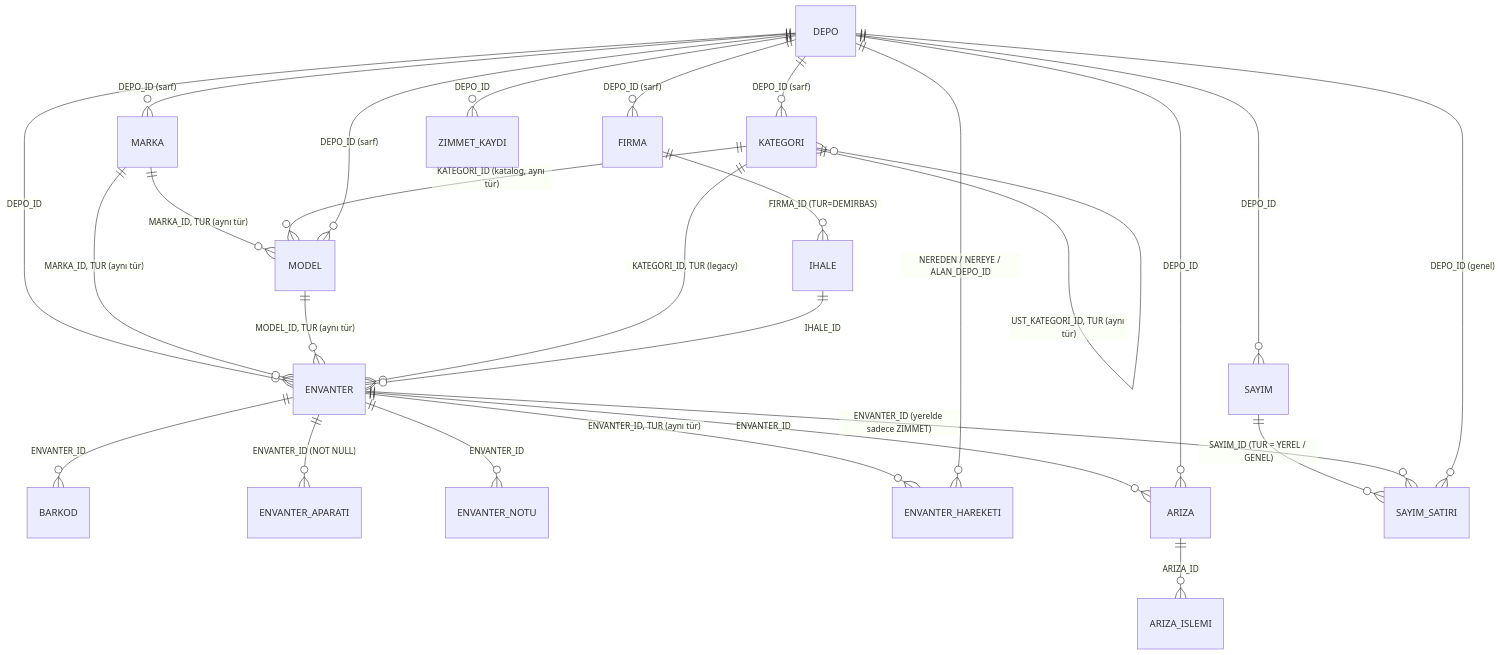
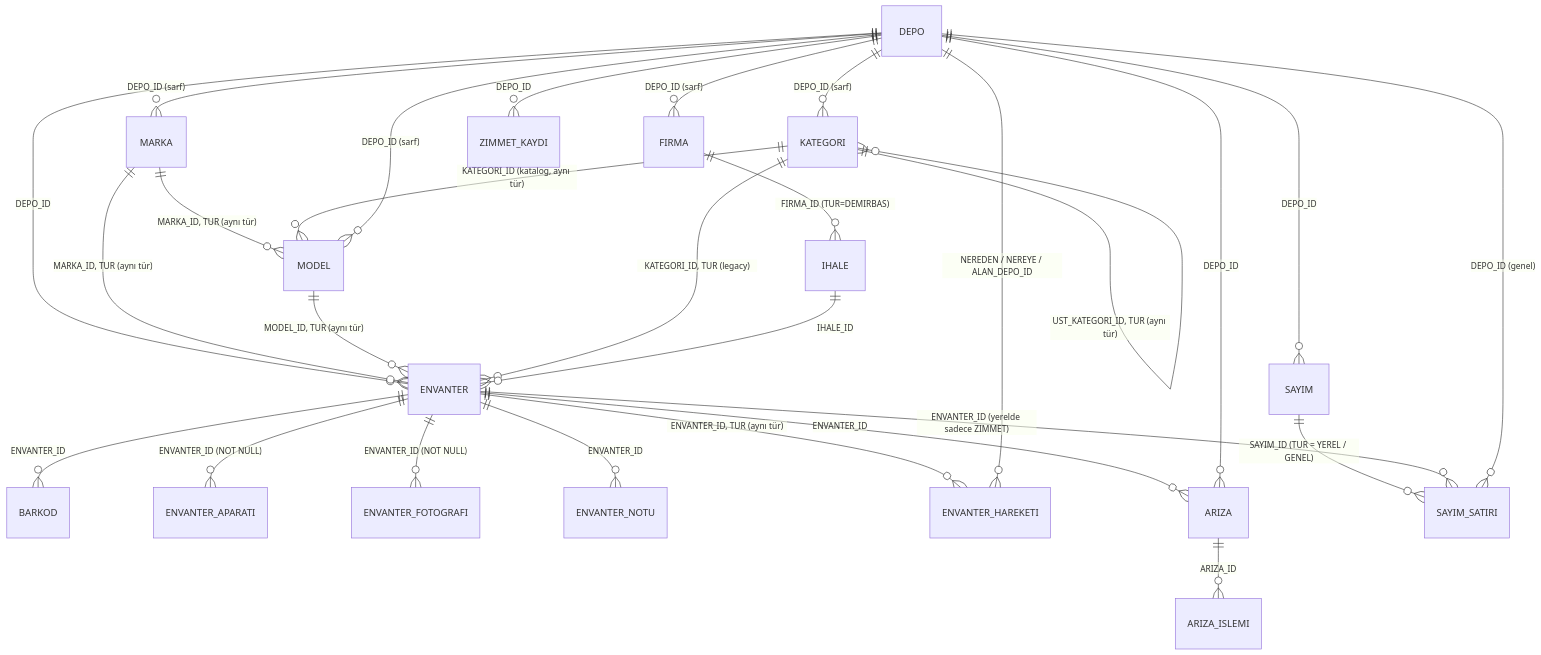
One commit to acartunahan/kaju-migration changed the diagram in asama2_domain_tasarim.md. Above: the diagram before and after it, drawn with Mermaid. The commit also changed other lines of this file and 5 other files, not shown here.

First line of the commit message:
feat(domain): envanter fotoğrafları (ENVANTER_FOTOGRAFI)

````diff
--- a/asama2_domain_tasarim.md
+++ b/asama2_domain_tasarim.md
@@ -141,36 +141,37 @@
 ```mermaid
 erDiagram
     %% ---------- Tanım (hepsi TUR ile DEMIRBAS / SARF) ----------
     DEPO ||--o{ ENVANTER : "DEPO_ID"
     MARKA ||--o{ MODEL : "MARKA_ID, TUR (aynı tür)"
     MARKA ||--o{ ENVANTER : "MARKA_ID, TUR (aynı tür)"
     MODEL ||--o{ ENVANTER : "MODEL_ID, TUR (aynı tür)"
     KATEGORI ||--o{ KATEGORI : "UST_KATEGORI_ID, TUR (aynı tür)"
     KATEGORI ||--o{ ENVANTER : "KATEGORI_ID, TUR (legacy)"
     KATEGORI ||--o{ MODEL : "KATEGORI_ID (katalog, aynı tür)"
     FIRMA ||--o{ IHALE : "FIRMA_ID (TUR=DEMIRBAS)"
     IHALE ||--o{ ENVANTER : "IHALE_ID"
     DEPO ||--o{ MARKA : "DEPO_ID (sarf)"
     DEPO ||--o{ MODEL : "DEPO_ID (sarf)"
     DEPO ||--o{ KATEGORI : "DEPO_ID (sarf)"
     DEPO ||--o{ FIRMA : "DEPO_ID (sarf)"
 
     %% ---------- Envanter ----------
     ENVANTER ||--o{ BARKOD : "ENVANTER_ID"
     ENVANTER ||--o{ ENVANTER_APARATI : "ENVANTER_ID (NOT NULL)"
+    ENVANTER ||--o{ ENVANTER_FOTOGRAFI : "ENVANTER_ID (NOT NULL)"
     ENVANTER ||--o{ ENVANTER_NOTU : "ENVANTER_ID"
     ENVANTER ||--o{ ENVANTER_HAREKETI : "ENVANTER_ID, TUR (aynı tür)"
     DEPO ||--o{ ENVANTER_HAREKETI : "NEREDEN / NEREYE / ALAN_DEPO_ID"
     DEPO ||--o{ ZIMMET_KAYDI : "DEPO_ID"
 
     %% ---------- Arıza ----------
     ENVANTER ||--o{ ARIZA : "ENVANTER_ID"
     DEPO ||--o{ ARIZA : "DEPO_ID"
     ARIZA ||--o{ ARIZA_ISLEMI : "ARIZA_ID"
 
     %% ---------- Sayım ----------
     DEPO ||--o{ SAYIM : "DEPO_ID"
     SAYIM ||--o{ SAYIM_SATIRI : "SAYIM_ID (TUR = YEREL / GENEL)"
     ENVANTER ||--o{ SAYIM_SATIRI : "ENVANTER_ID (yerelde sadece ZIMMET)"
     DEPO ||--o{ SAYIM_SATIRI : "DEPO_ID (genel)"
 ```
````
